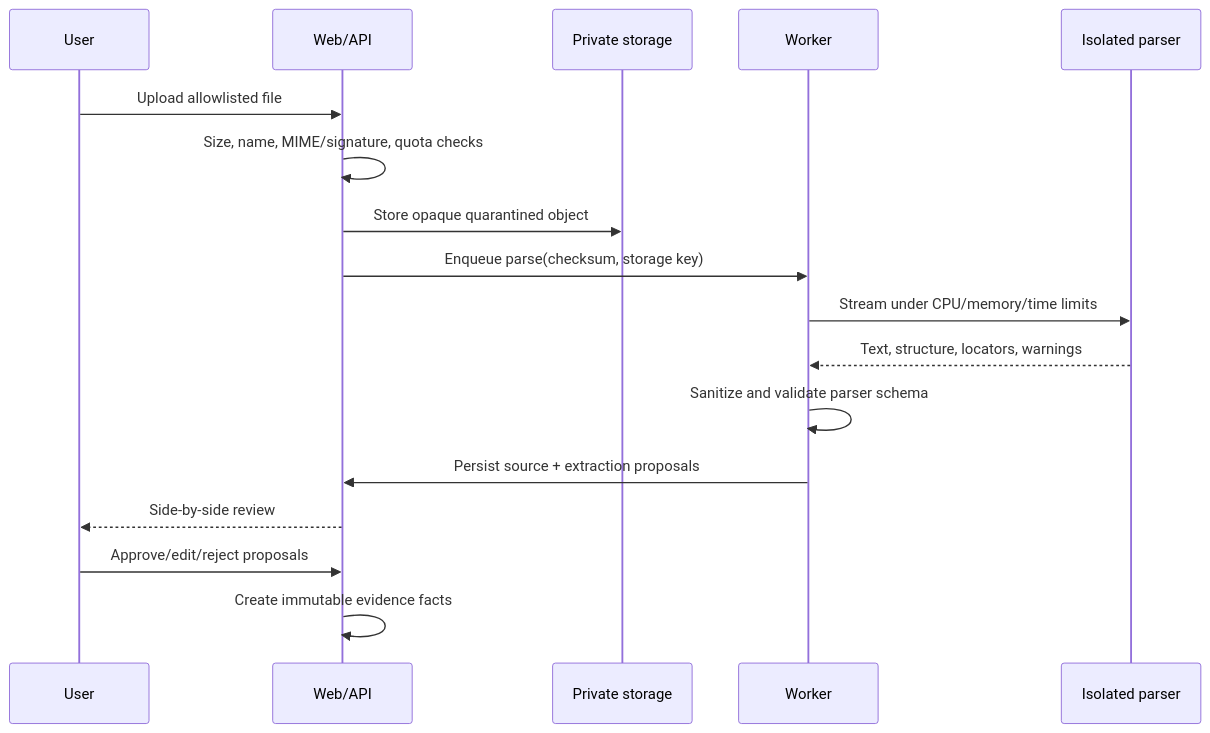
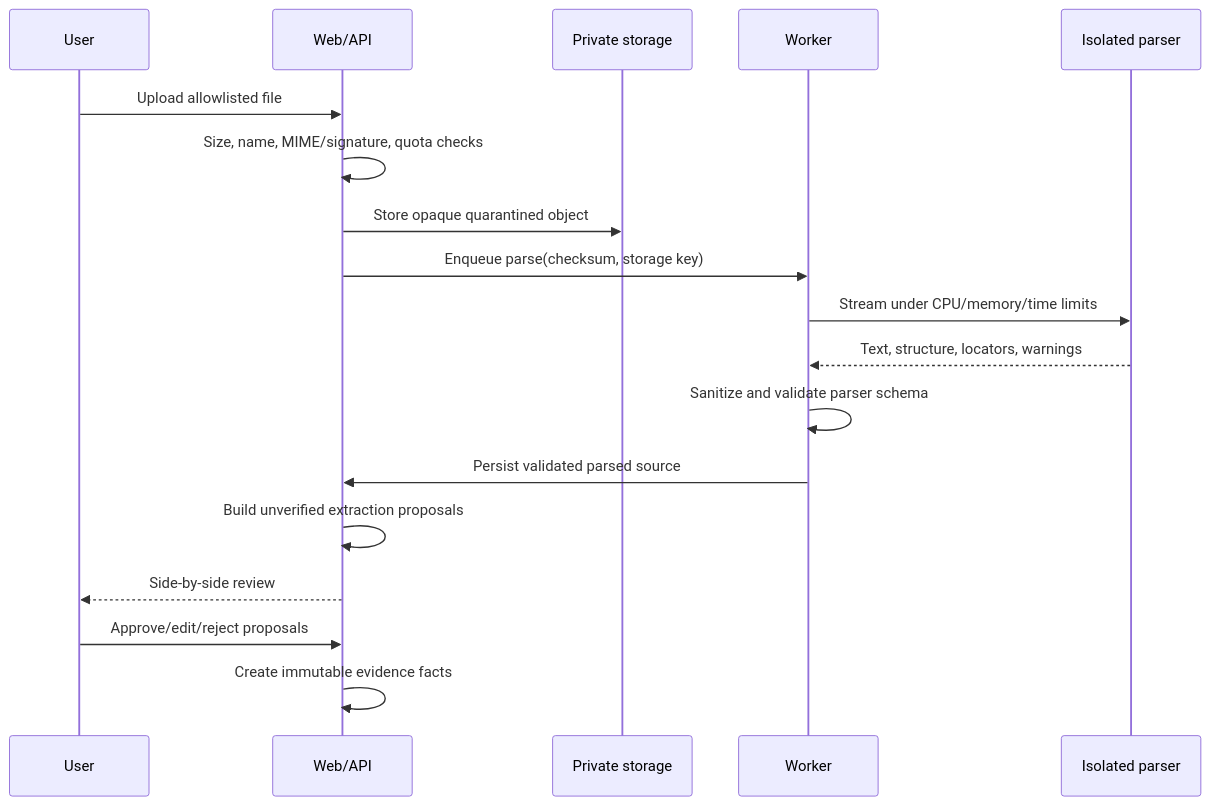
Before and after one commit to Kasu724/vitae-stack: the diagram in docs/architecture/DOCUMENT_PIPELINE.md, drawn with Mermaid. The commit also changed other lines of this file and 23 other files, not shown here.

````diff
--- a/docs/architecture/DOCUMENT_PIPELINE.md
+++ b/docs/architecture/DOCUMENT_PIPELINE.md
@@ -3,19 +3,20 @@
 ```mermaid
 sequenceDiagram
   participant U as User
   participant A as Web/API
   participant S as Private storage
   participant W as Worker
   participant P as Isolated parser
   U->>A: Upload allowlisted file
   A->>A: Size, name, MIME/signature, quota checks
   A->>S: Store opaque quarantined object
   A->>W: Enqueue parse(checksum, storage key)
   W->>P: Stream under CPU/memory/time limits
   P-->>W: Text, structure, locators, warnings
   W->>W: Sanitize and validate parser schema
-  W->>A: Persist source + extraction proposals
+  W->>A: Persist validated parsed source
+  A->>A: Build unverified extraction proposals
   A-->>U: Side-by-side review
   U->>A: Approve/edit/reject proposals
   A->>A: Create immutable evidence facts
 ```
````
